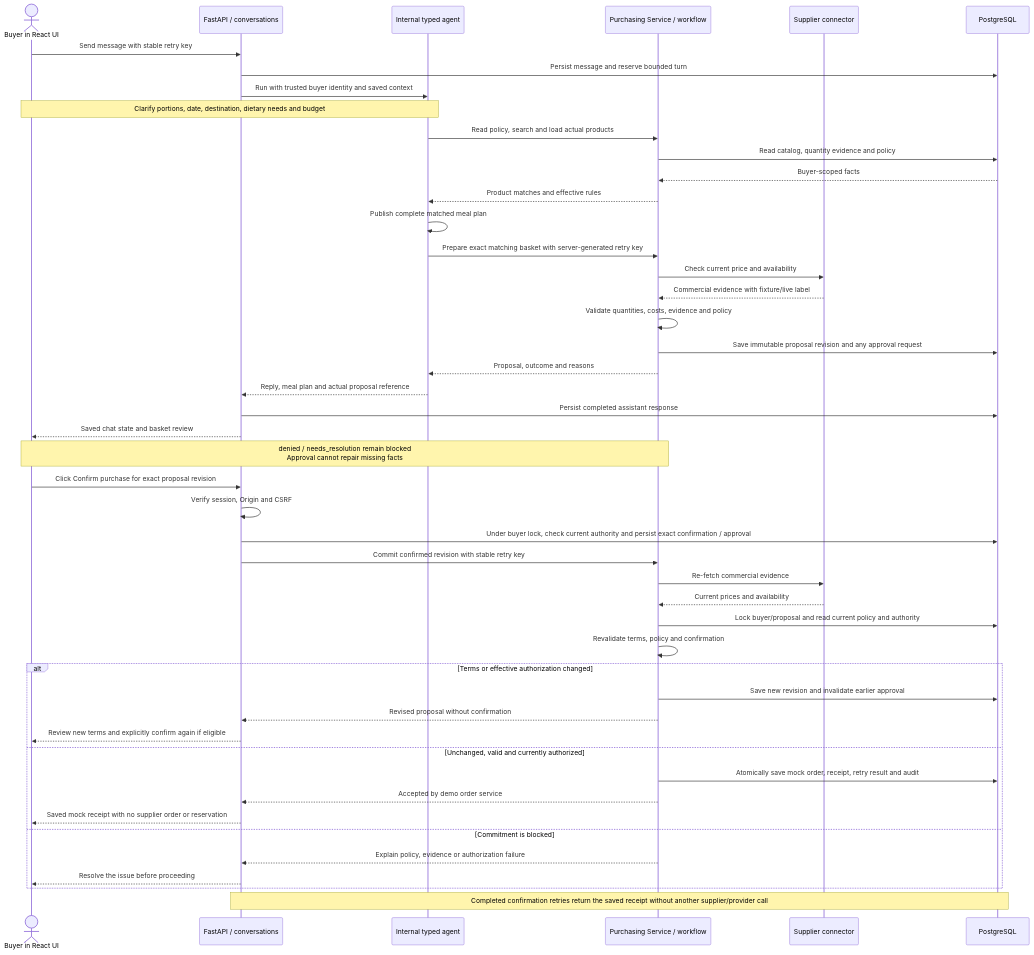
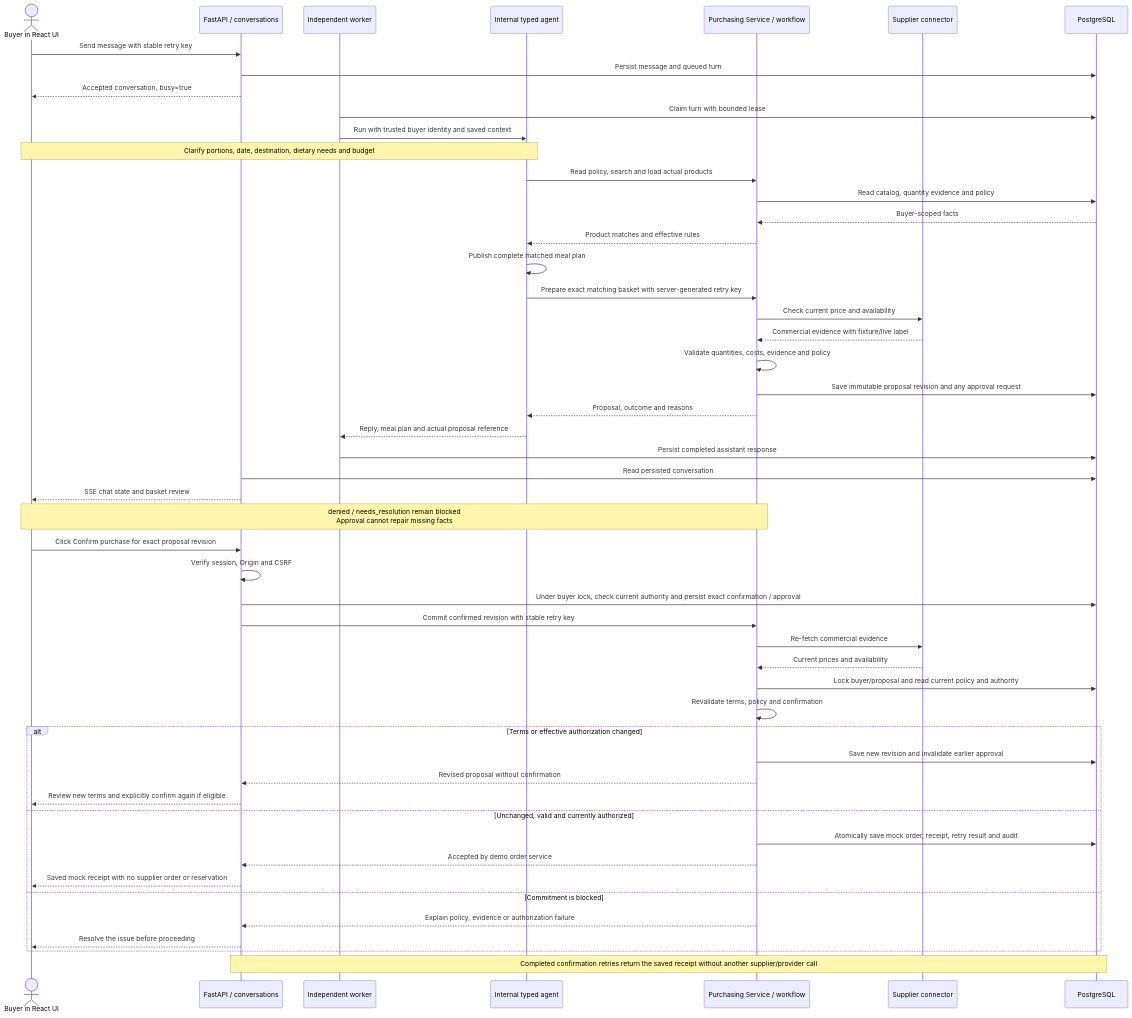
One commit to Junction-Best-Team/Main-Application changed the second of 2 diagrams in docs/architecture.md. Above: the diagram before and after it, drawn with Mermaid. The commit also changed other lines of this file and 36 other files, not shown here.

Commit message:
Split frontend API and durable worker into independent apps

````diff
--- a/docs/architecture.md
+++ b/docs/architecture.md
@@ -68,51 +39,55 @@
 ```mermaid
 sequenceDiagram
     actor Buyer as Buyer in React UI
     participant API as FastAPI / conversations
+    participant Worker as Independent worker
     participant Agent as Internal typed agent
     participant Service as Purchasing Service / workflow
     participant Supplier as Supplier connector
     participant DB as PostgreSQL
 
     Buyer->>API: Send message with stable retry key
-    API->>DB: Persist message and reserve bounded turn
-    API->>Agent: Run with trusted buyer identity and saved context
+    API->>DB: Persist message and queued turn
+    API-->>Buyer: Accepted conversation, busy=true
+    Worker->>DB: Claim turn with bounded lease
+    Worker->>Agent: Run with trusted buyer identity and saved context
     Note over Buyer,Agent: Clarify portions, date, destination, dietary needs and budget
     Agent->>Service: Read policy, search and load actual products
     Service->>DB: Read catalog, quantity evidence and policy
     DB-->>Service: Buyer-scoped facts
     Service-->>Agent: Product matches and effective rules
     Agent->>Agent: Publish complete matched meal plan
     Agent->>Service: Prepare exact matching basket with server-generated retry key
     Service->>Supplier: Check current price and availability
     Supplier-->>Service: Commercial evidence with fixture/live label
     Service->>Service: Validate quantities, costs, evidence and policy
     Service->>DB: Save immutable proposal revision and any approval request
     Service-->>Agent: Proposal, outcome and reasons
-    Agent-->>API: Reply, meal plan and actual proposal reference
-    API->>DB: Persist completed assistant response
-    API-->>Buyer: Saved chat state and basket review
+    Agent-->>Worker: Reply, meal plan and actual proposal reference
+    Worker->>DB: Persist completed assistant response
+    API->>DB: Read persisted conversation
+    API-->>Buyer: SSE chat state and basket review
     Note over Buyer,Service: denied / needs_resolution remain blocked<br/>Approval cannot repair missing facts
 
     Buyer->>API: Click Confirm purchase for exact proposal revision
     API->>API: Verify session, Origin and CSRF
     API->>DB: Under buyer lock, check current authority and persist exact confirmation / approval
     API->>Service: Commit confirmed revision with stable retry key
     Service->>Supplier: Re-fetch commercial evidence
     Supplier-->>Service: Current prices and availability
     Service->>DB: Lock buyer/proposal and read current policy and authority
     Service->>Service: Revalidate terms, policy and confirmation
     alt Terms or effective authorization changed
         Service->>DB: Save new revision and invalidate earlier approval
         Service-->>API: Revised proposal without confirmation
         API-->>Buyer: Review new terms and explicitly confirm again if eligible
     else Unchanged, valid and currently authorized
         Service->>DB: Atomically save mock order, receipt, retry result and audit
         Service-->>API: Accepted by demo order service
         API-->>Buyer: Saved mock receipt with no supplier order or reservation
     else Commitment is blocked
         Service-->>API: Explain policy, evidence or authorization failure
         API-->>Buyer: Resolve the issue before proceeding
     end
     Note over API,DB: Completed confirmation retries return the saved receipt without another supplier/provider call
 ```
````
